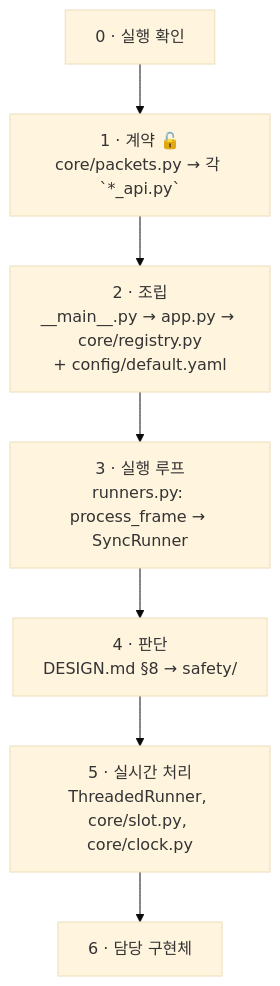
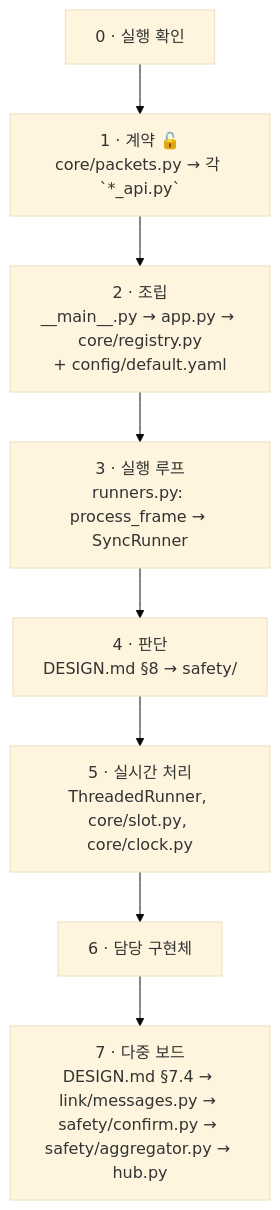
Before and after one commit to largeblueberry/MockOndeviceProject: the eighth of 8 diagrams in docs/CODE_GUIDE.md, drawn with Mermaid (base theme). The commit also changed other lines of this file and 19 other files, not shown here.

````diff
--- a/docs/CODE_GUIDE.md
+++ b/docs/CODE_GUIDE.md
@@ -353,10 +439,11 @@
 ```mermaid
 flowchart TD
     S0["0 · 실행 확인"] --> S1
     S1["1 · 계약 🔓<br/>core/packets.py → 각 `*_api.py`"] --> S2
     S2["2 · 조립<br/>__main__.py → app.py → core/registry.py<br/>+ config/default.yaml"] --> S3
     S3["3 · 실행 루프<br/>runners.py: process_frame → SyncRunner"] --> S4
     S4["4 · 판단<br/>DESIGN.md §8 → safety/"] --> S5
     S5["5 · 실시간 처리<br/>ThreadedRunner, core/slot.py, core/clock.py"] --> S6
-    S6["6 · 담당 구현체"]
+    S6["6 · 담당 구현체"] --> S7
+    S7["7 · 다중 보드<br/>DESIGN.md §7.4 → link/messages.py → safety/confirm.py → safety/aggregator.py → hub.py"]
 ```
````
